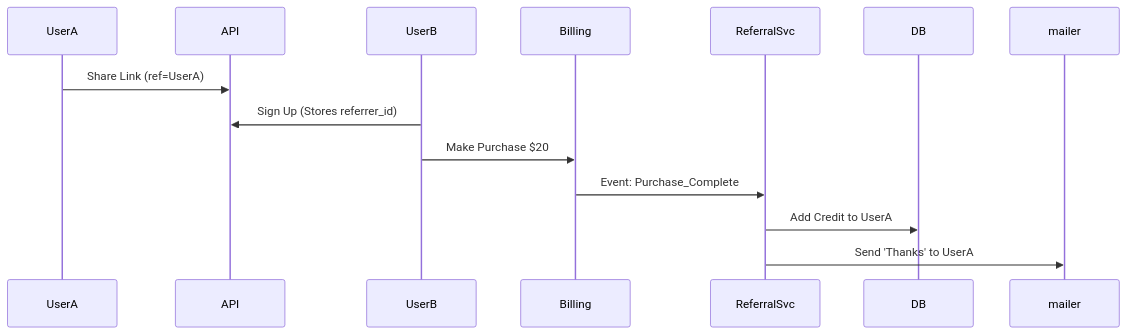
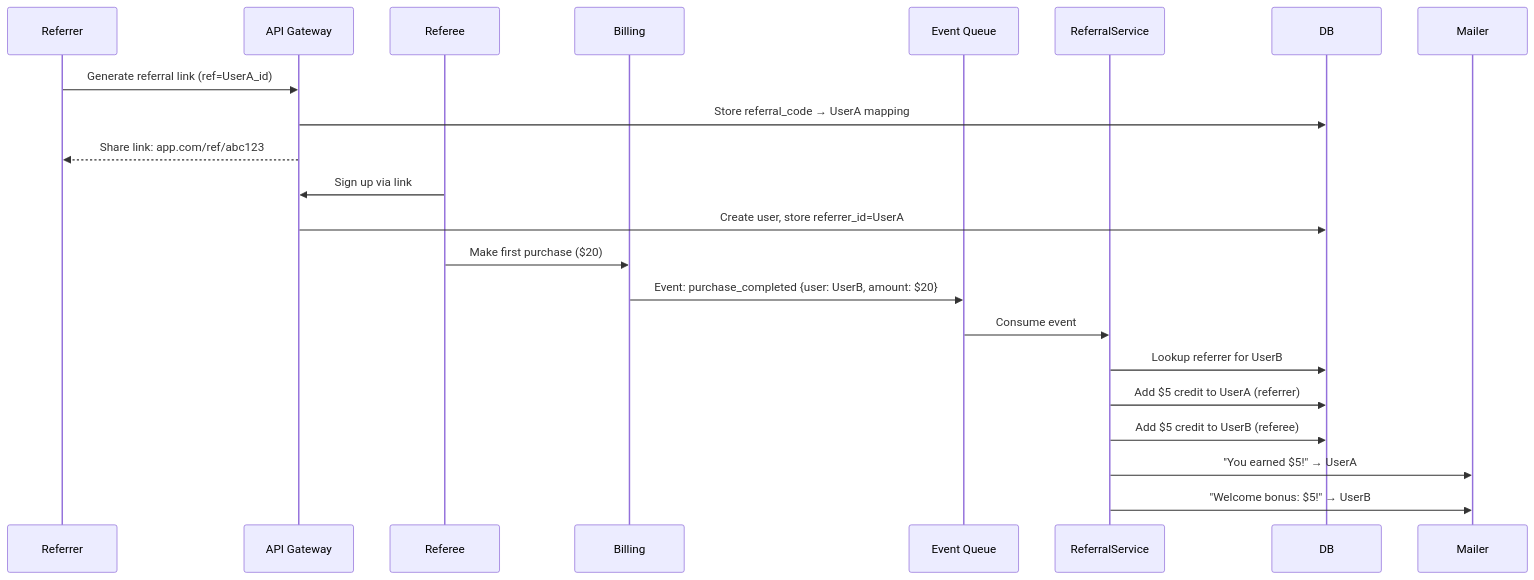
The diagram in skills/brainstorming/examples/demo_complex.md (MatrixFounder/Universal-skills), drawn with Mermaid before and after one commit. The commit also changed other lines of this file and 3 other files, not shown here.

````diff
--- a/skills/brainstorming/examples/demo_complex.md
+++ b/skills/brainstorming/examples/demo_complex.md
@@ -22,9 +68,28 @@
 ```mermaid
 sequenceDiagram
-    UserA->>API: Share Link (ref=UserA)
-    UserB->>API: Sign Up (Stores referrer_id)
-    UserB->>Billing: Make Purchase $20
-    Billing->>ReferralSvc: Event: Purchase_Complete
-    ReferralSvc->>DB: Add Credit to UserA
-    ReferralSvc->>mailer: Send 'Thanks' to UserA
+    participant UserA as Referrer
+    participant API as API Gateway
+    participant UserB as Referee
+    participant Billing
+    participant Queue as Event Queue
+    participant RefSvc as ReferralService
+    participant DB
+    participant Mailer
+
+    UserA->>API: Generate referral link (ref=UserA_id)
+    API->>DB: Store referral_code → UserA mapping
+    API-->>UserA: Share link: app.com/ref/abc123
+
+    UserB->>API: Sign up via link
+    API->>DB: Create user, store referrer_id=UserA
+
+    UserB->>Billing: Make first purchase ($20)
+    Billing->>Queue: Event: purchase_completed {user: UserB, amount: $20}
+
+    Queue->>RefSvc: Consume event
+    RefSvc->>DB: Lookup referrer for UserB
+    RefSvc->>DB: Add $5 credit to UserA (referrer)
+    RefSvc->>DB: Add $5 credit to UserB (referee)
+    RefSvc->>Mailer: "You earned $5!" → UserA
+    RefSvc->>Mailer: "Welcome bonus: $5!" → UserB
 ```
````
